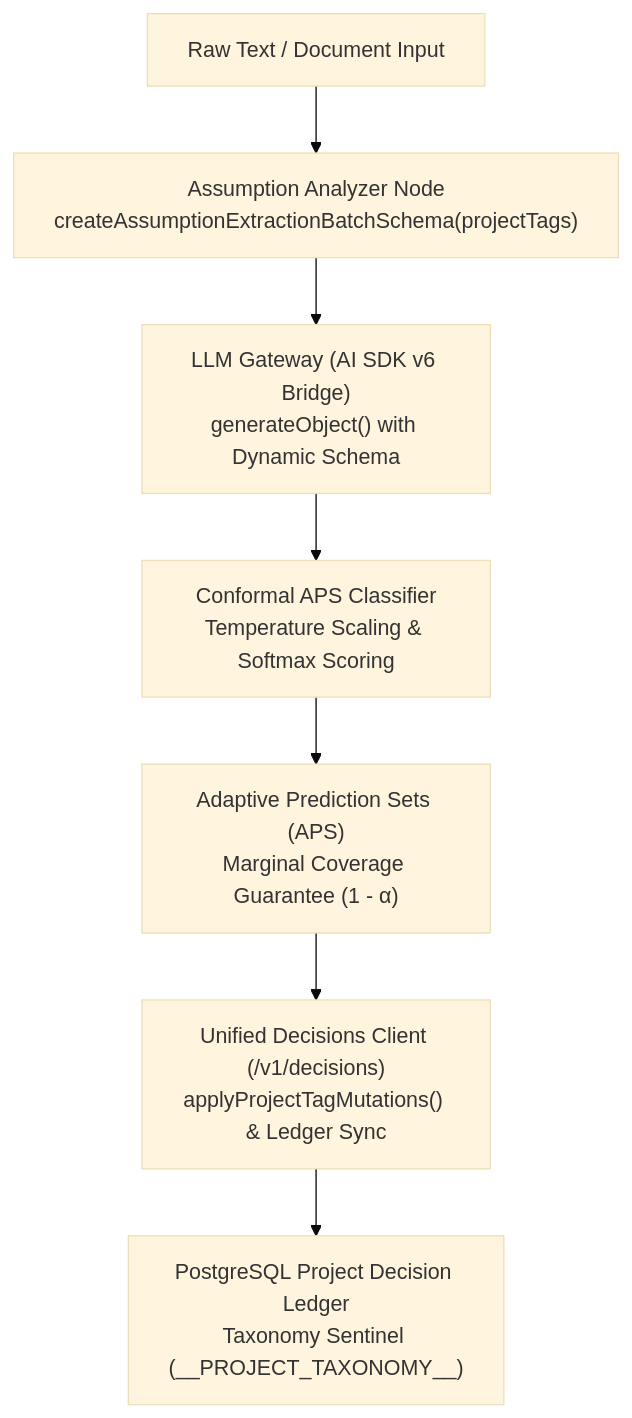
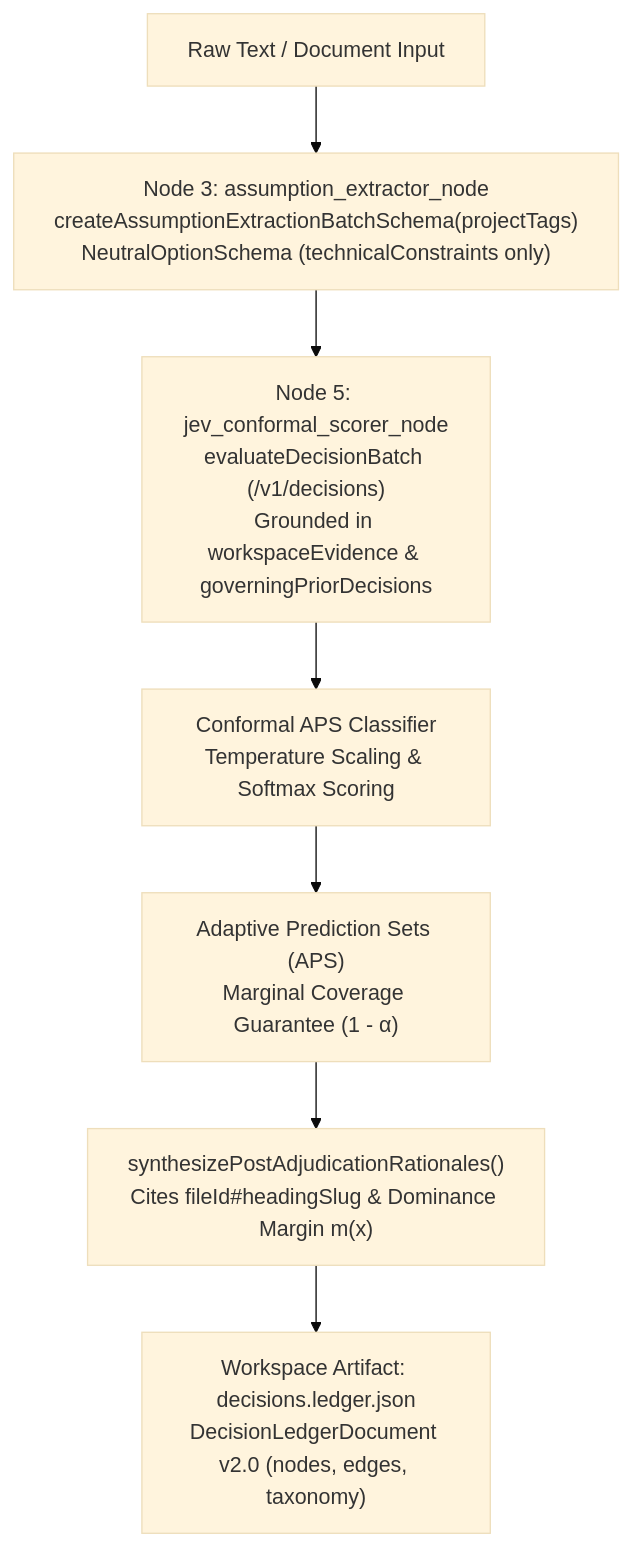
The eighth of 10 diagrams in README.md (Abdullah931-stack/ELIXENT), drawn with Mermaid (base theme) before and after one commit. The commit also changed other lines of this file and 16 other files, not shown here.

````diff
--- a/README.md
+++ b/README.md
@@ -675,9 +675,9 @@
 ```mermaid
 flowchart TD
-    Raw["Raw Text / Document Input"] --> Extr["Assumption Analyzer Node<br/>createAssumptionExtractionBatchSchema(projectTags)"]
-    Extr --> Model["LLM Gateway (AI SDK v6 Bridge)<br/>generateObject() with Dynamic Schema"]
-    Model --> Calib["Conformal APS Classifier<br/>Temperature Scaling & Softmax Scoring"]
+    Raw["Raw Text / Document Input"] --> Extr["Node 3: assumption_extractor_node<br/>createAssumptionExtractionBatchSchema(projectTags)<br/>NeutralOptionSchema (technicalConstraints only)"]
+    Extr --> Scorer["Node 5: jev_conformal_scorer_node<br/>evaluateDecisionBatch (/v1/decisions)<br/>Grounded in workspaceEvidence & governingPriorDecisions"]
+    Scorer --> Calib["Conformal APS Classifier<br/>Temperature Scaling & Softmax Scoring"]
     Calib --> APS["Adaptive Prediction Sets (APS)<br/>Marginal Coverage Guarantee (1 - α)"]
-    APS --> Ledger["Unified Decisions Client (/v1/decisions)<br/>applyProjectTagMutations() & Ledger Sync"]
-    Ledger --> Persist["PostgreSQL Project Decision Ledger<br/>Taxonomy Sentinel (__PROJECT_TAXONOMY__)"]
+    APS --> PostSynth["synthesizePostAdjudicationRationales()<br/>Cites fileId#headingSlug & Dominance Margin m(x)"]
+    PostSynth --> Persist["Workspace Artifact: decisions.ledger.json<br/>DecisionLedgerDocument v2.0 (nodes, edges, taxonomy)"]
 ```
````
